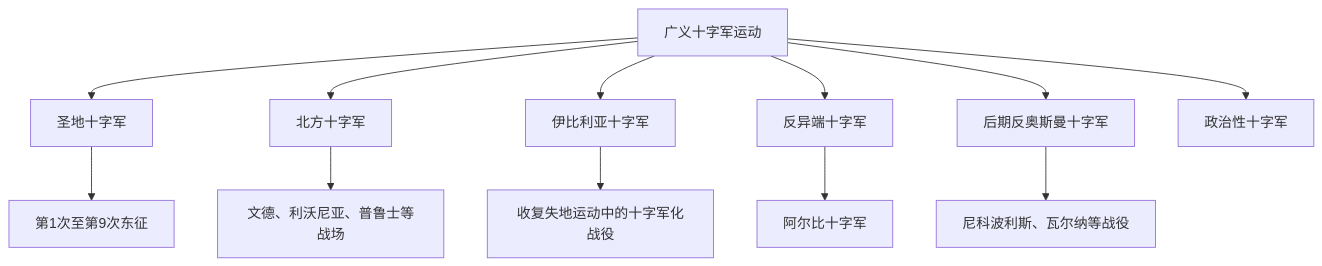
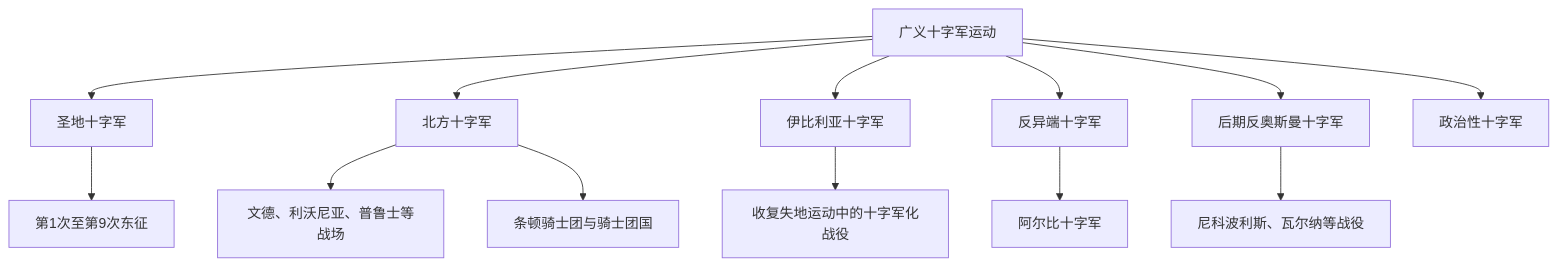
Before and after one commit to tianlan-dev/learning-notes: the diagram in 人文科学/历史/欧洲/_通史/十字军东征/广义十字军运动/README.md, drawn with Mermaid. The commit also changed other lines of this file and 180 other files, not shown here.

````diff
--- a/人文科学/历史/欧洲/_通史/十字军东征/广义十字军运动/README.md
+++ b/人文科学/历史/欧洲/_通史/十字军东征/广义十字军运动/README.md
@@ -13,14 +13,15 @@
 ```mermaid
 flowchart TD
   A["广义十字军运动"] --> B["圣地十字军"]
   A --> C["北方十字军"]
   A --> D["伊比利亚十字军"]
   A --> E["反异端十字军"]
   A --> F["后期反奥斯曼十字军"]
   A --> G["政治性十字军"]
   B --> B1["第1次至第9次东征"]
   C --> C1["文德、利沃尼亚、普鲁士等战场"]
+  C --> C2["条顿骑士团与骑士团国"]
   D --> D1["收复失地运动中的十字军化战役"]
   E --> E1["阿尔比十字军"]
   F --> F1["尼科波利斯、瓦尔纳等战役"]
 ```
````
